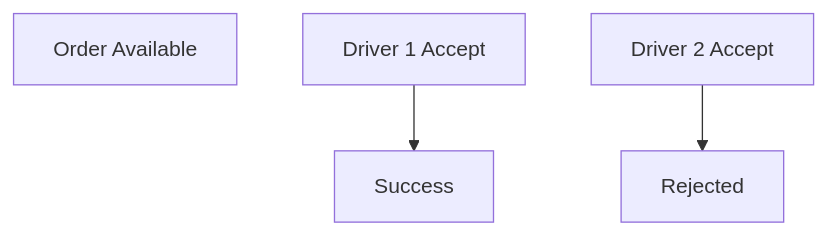
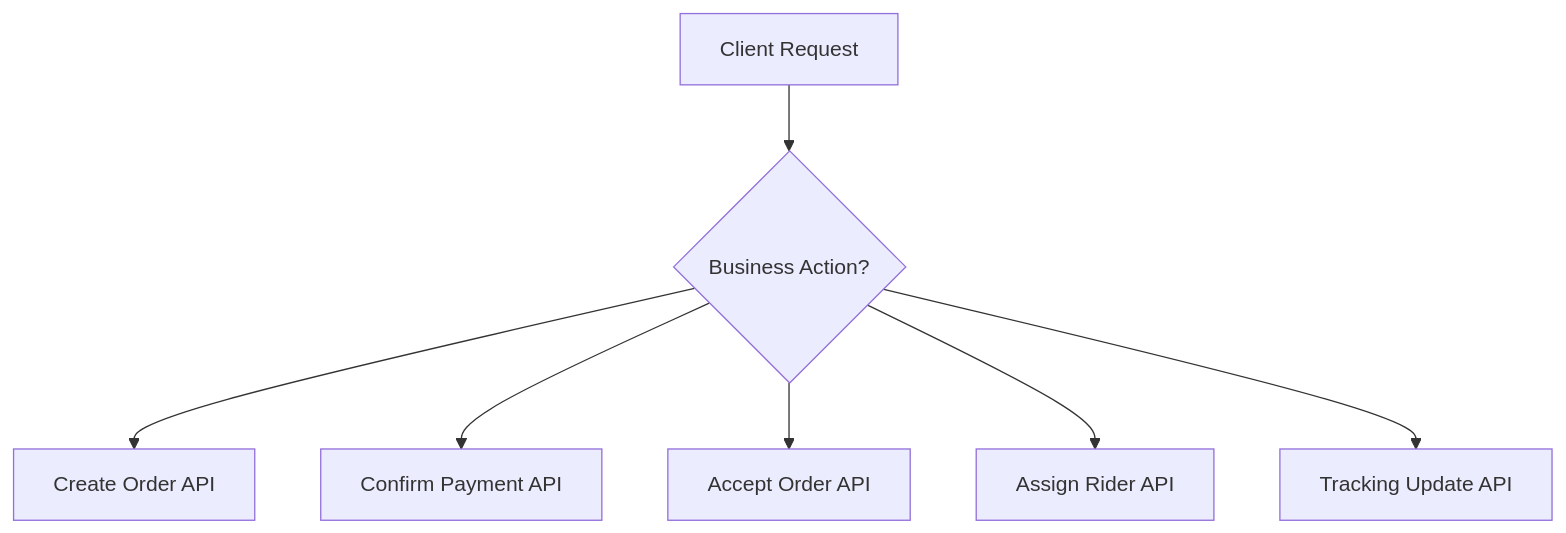
Before and after one commit to dbajajmnk/systemdesign: the first of 8 diagrams in systemdesign/9. System Interfaces and API Design/How.md, drawn with Mermaid. The commit also changed other lines of this file, not shown here.

````diff
--- a/systemdesign/9. System Interfaces and API Design/How.md
+++ b/systemdesign/9. System Interfaces and API Design/How.md
@@ -117,9 +61,9 @@
 ```mermaid
 flowchart TD
-    A[Order Available]
-    B1[Driver 1 Accept]
-    B2[Driver 2 Accept]
-
-    B1 --> C[Success]
-    B2 --> D[Rejected]
+    A[Client Request] --> B{Business Action?}
+    B --> C[Create Order API]
+    B --> D[Confirm Payment API]
+    B --> E[Accept Order API]
+    B --> F[Assign Rider API]
+    B --> G[Tracking Update API]
 ```
````
